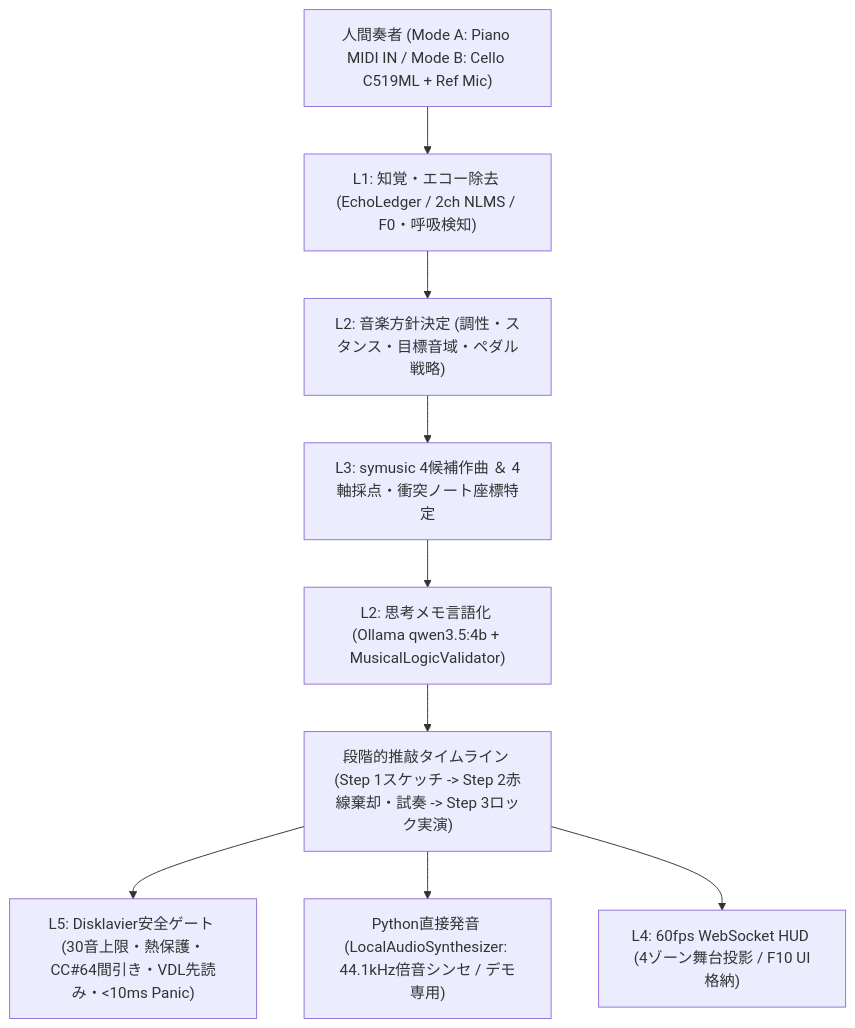
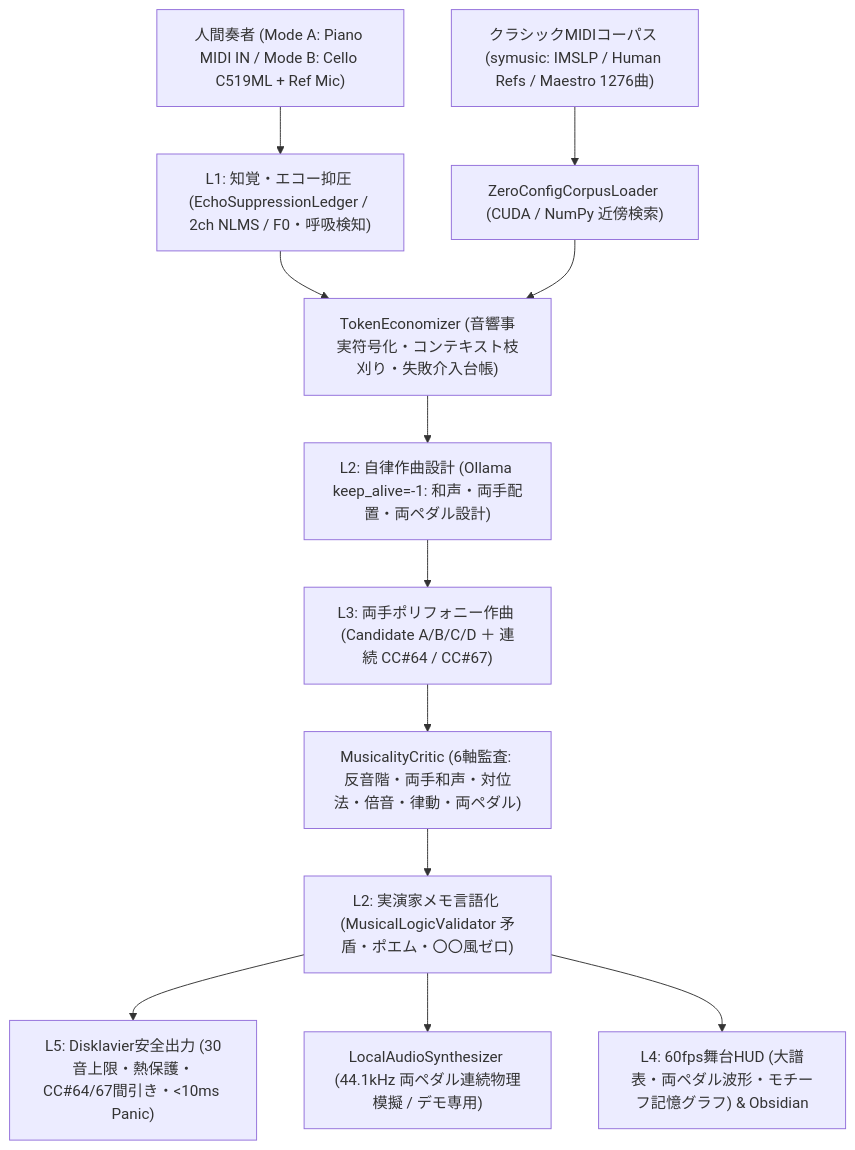
One commit to AI-Avalon/Disklavier-Auto changed the first of 4 diagrams in README.md. Above: the diagram before and after it, drawn with Mermaid. The commit also changed other lines of this file and 57 other files, not shown here.

Commit message:
feat(stage): 自律音楽思考エンジン、TokenEconomizer、MusicalityCritic 6軸監査、両ペダル連続物理模擬、デモMIDI＆実画面スクショ＆Docs完全整備

````diff
--- a/README.md
+++ b/README.md
@@ -62,11 +47,14 @@
 ```mermaid
 graph TD
-    Human["人間奏者 (Mode A: Piano MIDI IN / Mode B: Cello C519ML + Ref Mic)"] --> L1["L1: 知覚・エコー除去 (EchoLedger / 2ch NLMS / F0・呼吸検知)"]
-    L1 --> L2P["L2: 音楽方針決定 (調性・スタンス・目標音域・ペダル戦略)"]
-    L2P --> L3["L3: symusic 4候補作曲 ＆ 4軸採点・衝突ノート座標特定"]
-    L3 --> L2T["L2: 思考メモ言語化 (Ollama qwen3.5:4b + MusicalLogicValidator)"]
-    L2T --> TL["段階的推敲タイムライン (Step 1スケッチ -> Step 2赤線棄却・試奏 -> Step 3ロック実演)"]
-    TL --> L5["L5: Disklavier安全ゲート (30音上限・熱保護・CC#64間引き・VDL先読み・<10ms Panic)"]
-    TL --> Synth["Python直接発音 (LocalAudioSynthesizer: 44.1kHz倍音シンセ / デモ専用)"]
-    TL --> L4["L4: 60fps WebSocket HUD (4ゾーン舞台投影 / F10 UI格納)"]
+    Human["人間奏者 (Mode A: Piano MIDI IN / Mode B: Cello C519ML + Ref Mic)"] --> L1["L1: 知覚・エコー抑圧 (EchoSuppressionLedger / 2ch NLMS / F0・呼吸検知)"]
+    Corpus["クラシックMIDIコーパス (symusic: IMSLP / Human Refs / Maestro 1276曲)"] --> Loader["ZeroConfigCorpusLoader (CUDA / NumPy 近傍検索)"]
+    L1 --> Econ["TokenEconomizer (音響事実符号化・コンテキスト枝刈り・失敗介入台帳)"]
+    Loader --> Econ
+    Econ --> L2P["L2: 自律作曲設計 (Ollama keep_alive=-1: 和声・両手配置・両ペダル設計)"]
+    L2P --> L3["L3: 両手ポリフォニー作曲 (Candidate A/B/C/D ＋ 連続 CC#64 / CC#67)"]
+    L3 --> Critic["MusicalityCritic (6軸監査: 反音階・両手和声・対位法・倍音・律動・両ペダル)"]
+    Critic --> L2M["L2: 実演家メモ言語化 (MusicalLogicValidator 矛盾・ポエム・〇〇風ゼロ)"]
+    L2M --> L5["L5: Disklavier安全出力 (30音上限・熱保護・CC#64/67間引き・<10ms Panic)"]
+    L2M --> Synth["LocalAudioSynthesizer (44.1kHz 両ペダル連続物理模擬 / デモ専用)"]
+    L2M --> L4["L4: 60fps舞台HUD (大譜表・両ペダル波形・モチーフ記憶グラフ) & Obsidian"]
 ```
````
